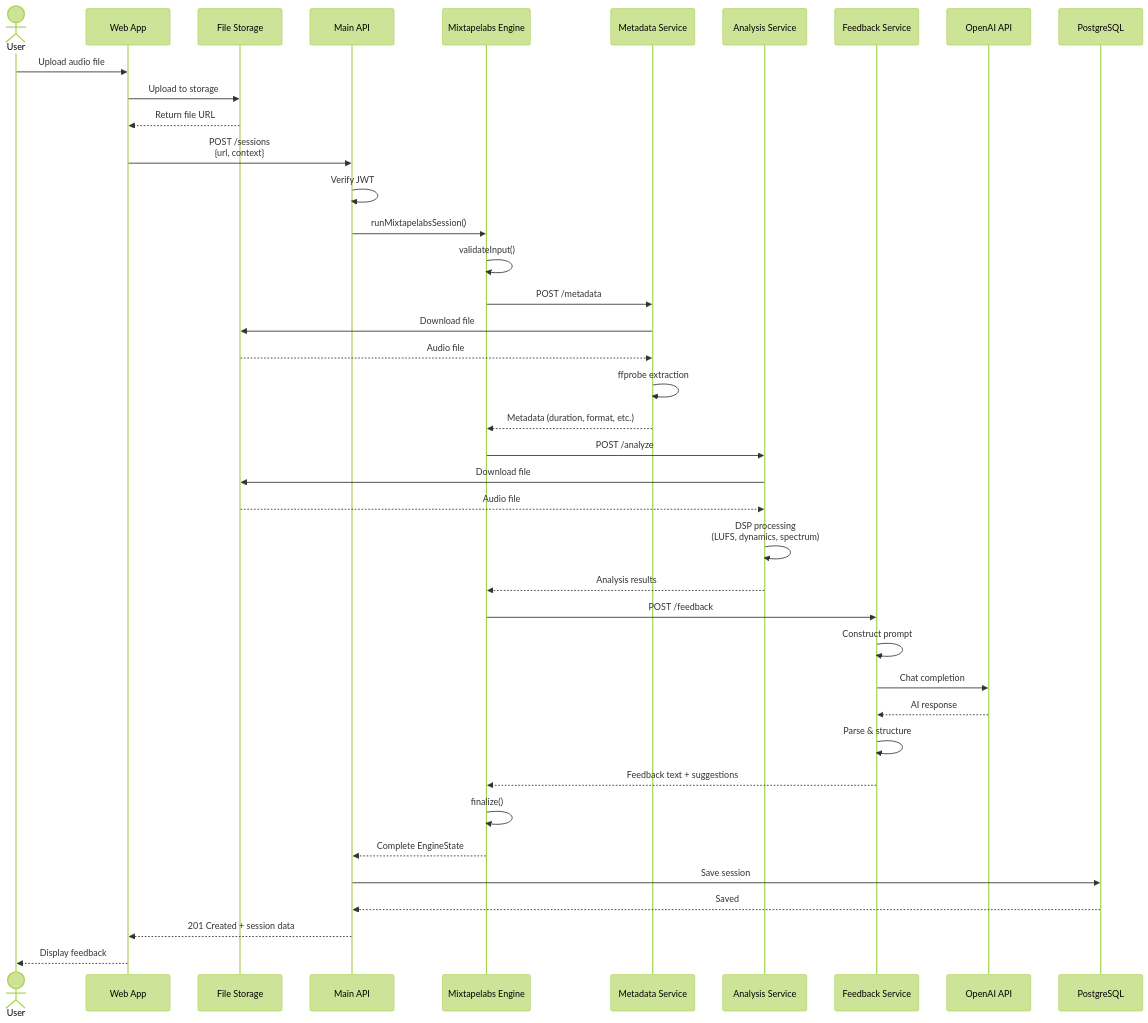
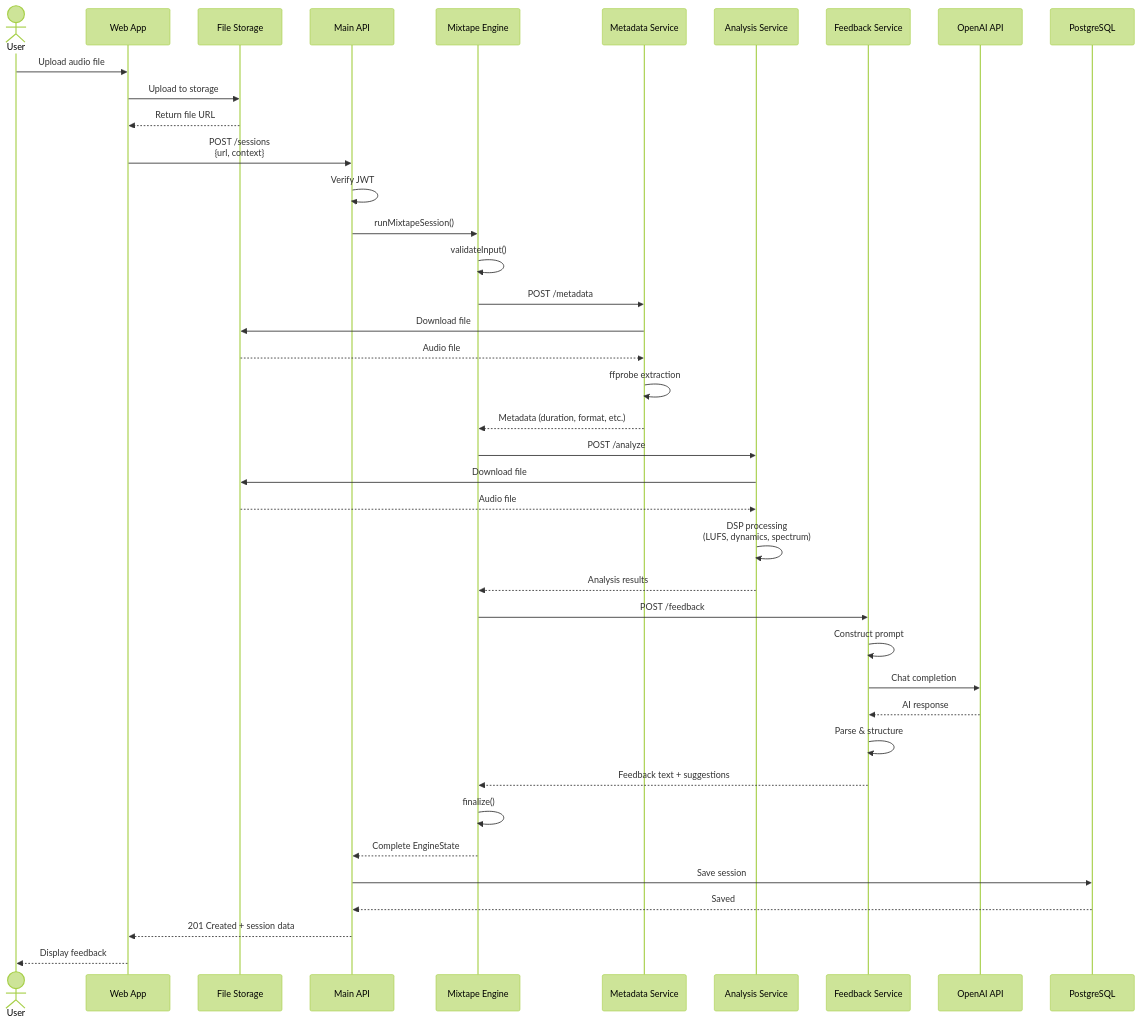
Before and after one commit to auralyze/docs: the diagram in guide/architecture/session-lifecycle.md, drawn with Mermaid (forest theme). The commit also changed other lines of this file and 15 other files, not shown here.

Commit message:
docs: update references from Mixtapelabs to MixtapeLabs and correct function names in documentation

````diff
--- a/guide/architecture/session-lifecycle.md
+++ b/guide/architecture/session-lifecycle.md
@@ -11,51 +11,51 @@
 ```mermaid
 sequenceDiagram
     actor User
     participant Web as Web App
     participant CDN as File Storage
     participant API as Main API
-    participant Engine as Mixtapelabs Engine
+    participant Engine as Mixtape Engine
     participant Meta as Metadata Service
     participant Analysis as Analysis Service
     participant Feedback as Feedback Service
     participant OpenAI as OpenAI API
     participant DB as PostgreSQL
 
     User->>Web: Upload audio file
     Web->>CDN: Upload to storage
     CDN-->>Web: Return file URL
 
     Web->>API: POST /sessions<br/>{url, context}
     API->>API: Verify JWT
-    API->>Engine: runMixtapelabsSession()
+    API->>Engine: runMixtapeSession()
 
     Engine->>Engine: validateInput()
 
     Engine->>Meta: POST /metadata
     Meta->>CDN: Download file
     CDN-->>Meta: Audio file
     Meta->>Meta: ffprobe extraction
     Meta-->>Engine: Metadata (duration, format, etc.)
 
     Engine->>Analysis: POST /analyze
     Analysis->>CDN: Download file
     CDN-->>Analysis: Audio file
     Analysis->>Analysis: DSP processing<br/>(LUFS, dynamics, spectrum)
     Analysis-->>Engine: Analysis results
 
     Engine->>Feedback: POST /feedback
     Feedback->>Feedback: Construct prompt
     Feedback->>OpenAI: Chat completion
     OpenAI-->>Feedback: AI response
     Feedback->>Feedback: Parse & structure
     Feedback-->>Engine: Feedback text + suggestions
 
     Engine->>Engine: finalize()
     Engine-->>API: Complete EngineState
 
     API->>DB: Save session
     DB-->>API: Saved
 
     API-->>Web: 201 Created + session data
     Web-->>User: Display feedback
 ```
````
